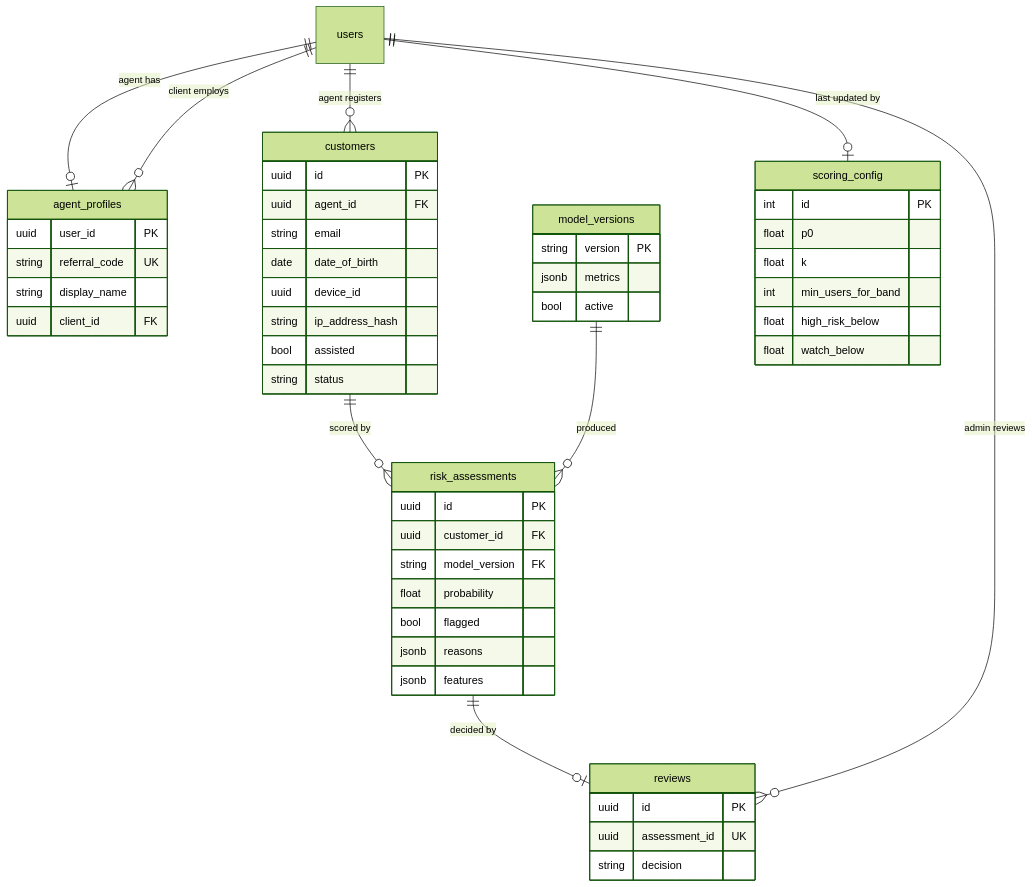
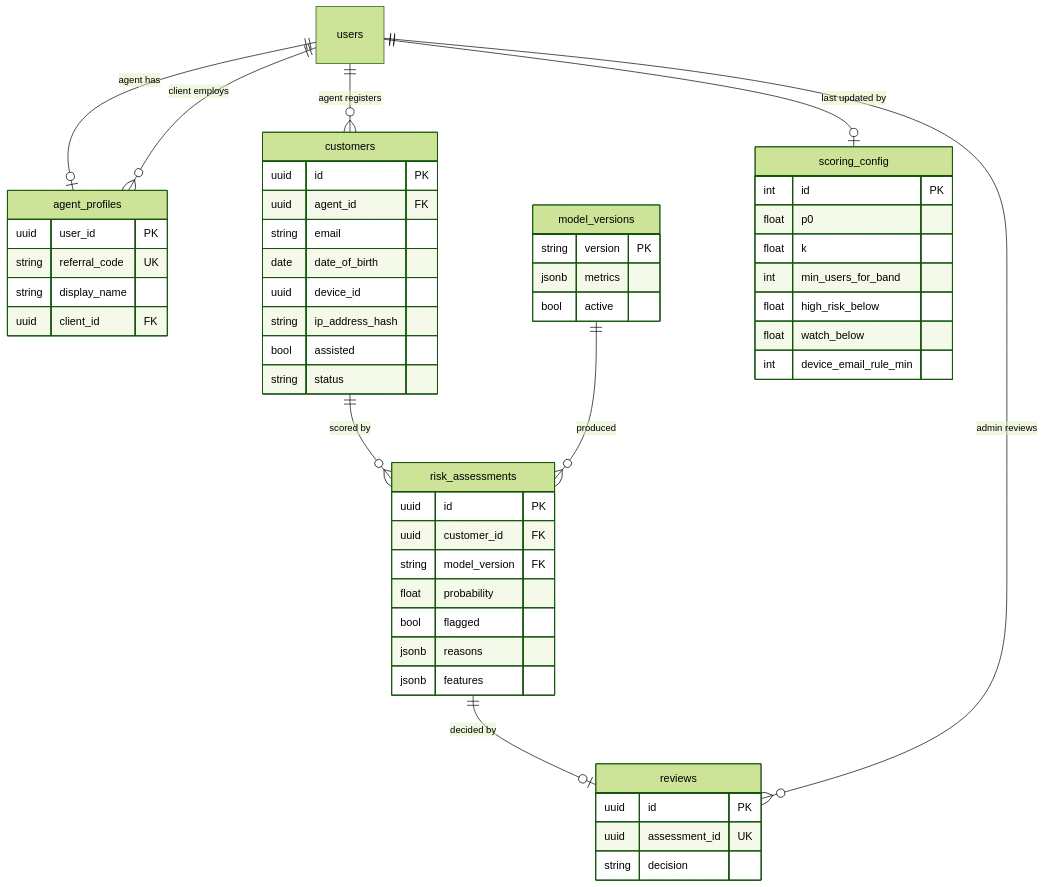
Before and after one commit to Myranyamwanda/Salesmesh: the diagram in docs/scoring-data-model.md, drawn with Mermaid (forest theme). The commit also changed other lines of this file and 2 other files, not shown here.

Commit message:
docs: describe features, hybrid model and rule scoring, and limitations

````diff
--- a/docs/scoring-data-model.md
+++ b/docs/scoring-data-model.md
@@ -8,55 +8,56 @@
 ```mermaid
 erDiagram
     users ||--o| agent_profiles : "agent has"
     users ||--o{ agent_profiles : "client employs"
     users ||--o{ customers : "agent registers"
     customers ||--o{ risk_assessments : "scored by"
     model_versions ||--o{ risk_assessments : "produced"
     risk_assessments ||--o| reviews : "decided by"
     users ||--o{ reviews : "admin reviews"
     users ||--o| scoring_config : "last updated by"
 
     agent_profiles {
         uuid user_id PK
         string referral_code UK
         string display_name
         uuid client_id FK
     }
     customers {
         uuid id PK
         uuid agent_id FK
         string email
         date date_of_birth
         uuid device_id
         string ip_address_hash
         bool assisted
         string status
     }
     risk_assessments {
         uuid id PK
         uuid customer_id FK
         string model_version FK
         float probability
         bool flagged
         jsonb reasons
         jsonb features
     }
     reviews {
         uuid id PK
         uuid assessment_id UK
         string decision
     }
     model_versions {
         string version PK
         jsonb metrics
         bool active
     }
     scoring_config {
         int id PK
         float p0
         float k
         int min_users_for_band
         float high_risk_below
         float watch_below
+        int device_email_rule_min
     }
 ```
````
